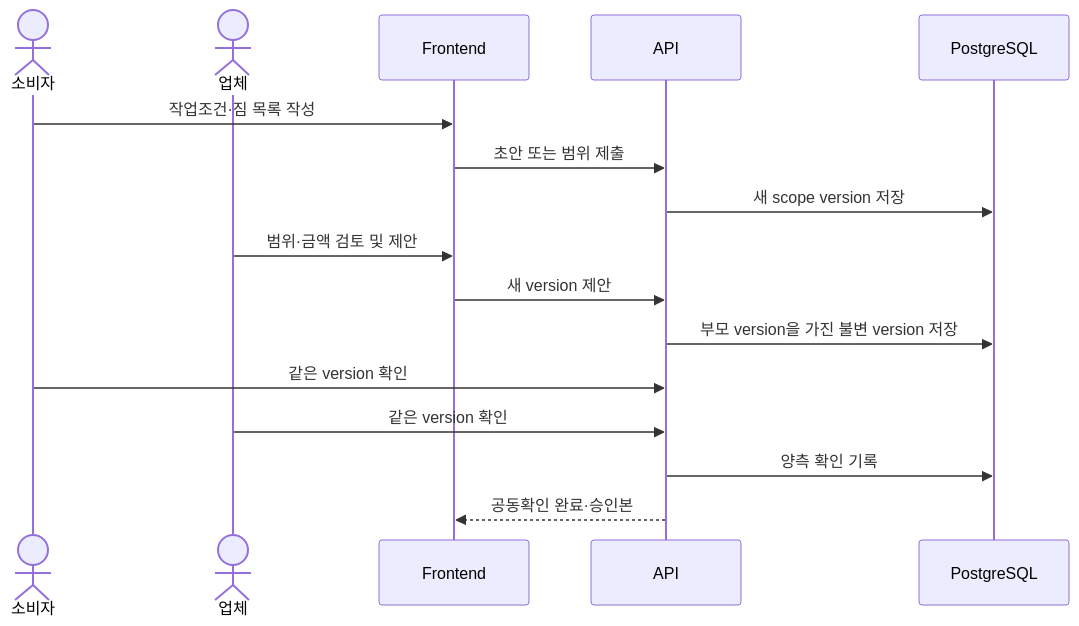
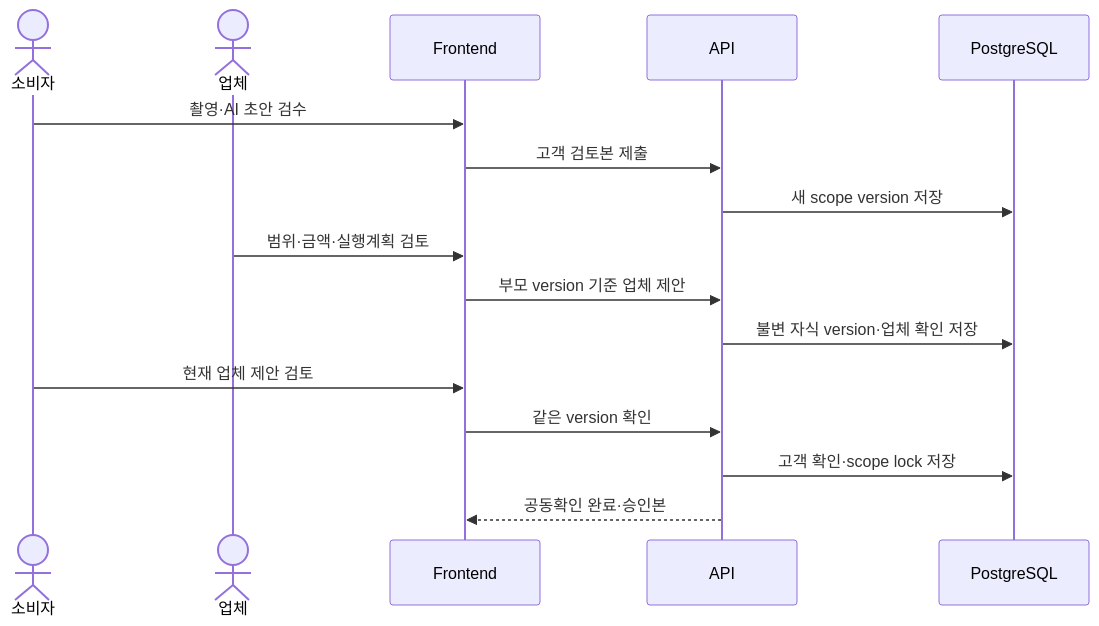
Before and after one commit to SEQRETE-TUK/SEQRET_FE: the third of 5 diagrams in docs/architecture.md, drawn with Mermaid. The commit also changed other lines of this file and 20 other files, not shown here.

Commit message:
Align product docs with PRD v2 and updated role flows

````diff
--- a/docs/architecture.md
+++ b/docs/architecture.md
@@ -115,19 +115,19 @@
 ```mermaid
 sequenceDiagram
     actor C as 소비자
     actor B as 업체
     participant FE as Frontend
     participant API as API
     participant DB as PostgreSQL
 
-    C->>FE: 작업조건·짐 목록 작성
-    FE->>API: 초안 또는 범위 제출
+    C->>FE: 촬영·AI 초안 검수
+    FE->>API: 고객 검토본 제출
     API->>DB: 새 scope version 저장
-    B->>FE: 범위·금액 검토 및 제안
-    FE->>API: 새 version 제안
-    API->>DB: 부모 version을 가진 불변 version 저장
-    C->>API: 같은 version 확인
-    B->>API: 같은 version 확인
-    API->>DB: 양측 확인 기록
+    B->>FE: 범위·금액·실행계획 검토
+    FE->>API: 부모 version 기준 업체 제안
+    API->>DB: 불변 자식 version·업체 확인 저장
+    C->>FE: 현재 업체 제안 검토
+    FE->>API: 같은 version 확인
+    API->>DB: 고객 확인·scope lock 저장
     API-->>FE: 공동확인 완료·승인본
 ```
````
